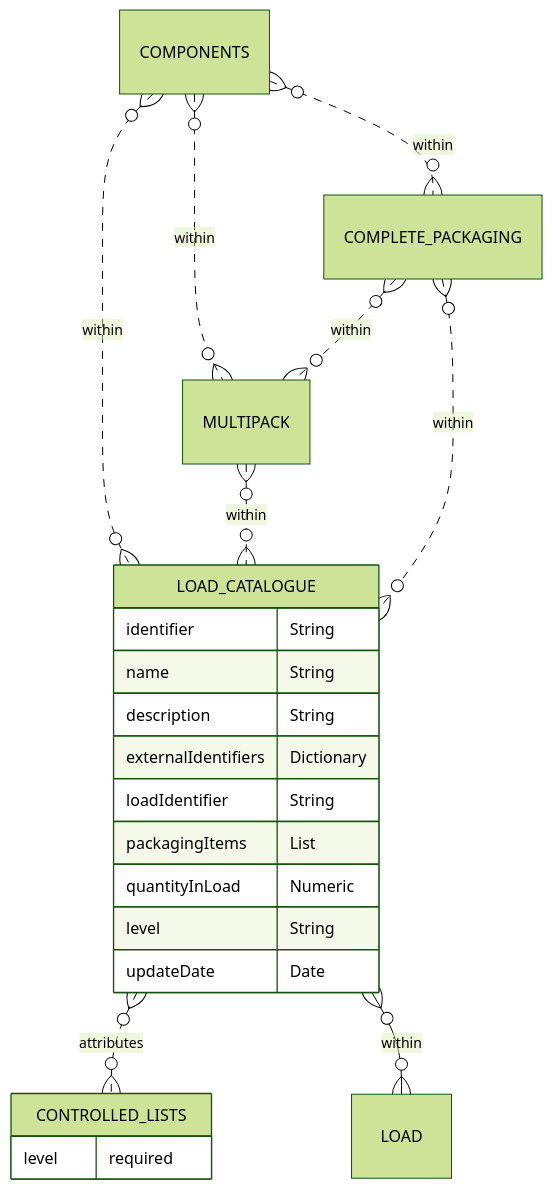
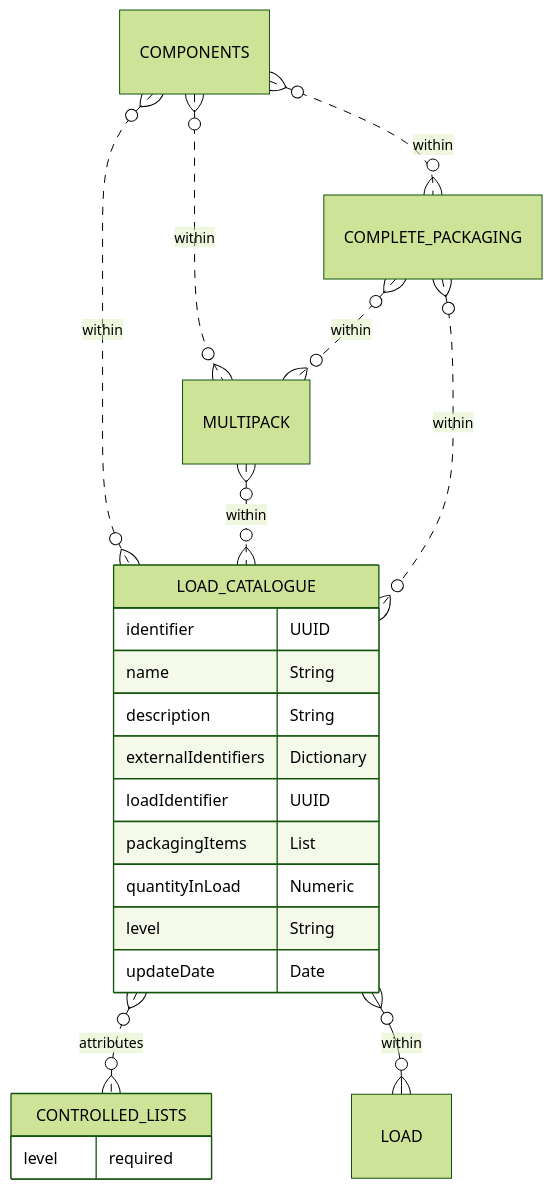
One commit to OpenDataManchester/Open3P changed the diagram in docs/3_Data_Specification/3_6_Load_Catalogue.md. Above: the diagram before and after it, drawn with Mermaid (forest theme). The commit also changed other lines of this file, not shown here.

Commit message:
Load catalogue to UUID from string

````diff
--- a/docs/3_Data_Specification/3_6_Load_Catalogue.md
+++ b/docs/3_Data_Specification/3_6_Load_Catalogue.md
@@ -25,26 +25,26 @@
 ``` mermaid
 erDiagram
 COMPONENTS }o..o{ LOAD_CATALOGUE : within
 COMPONENTS }o..o{ COMPLETE_PACKAGING : within
 COMPONENTS }o..o{ MULTIPACK : within
 MULTIPACK }o..o{ LOAD_CATALOGUE : within
 COMPLETE_PACKAGING }o..o{ LOAD_CATALOGUE : within
 COMPLETE_PACKAGING }o..o{ MULTIPACK : within
 
   LOAD_CATALOGUE {
-    identifier String
+    identifier UUID
     name String
     description String
     externalIdentifiers Dictionary
-    loadIdentifier String
+    loadIdentifier UUID
     packagingItems List
     quantityInLoad Numeric
     level String
     updateDate Date
   }
   LOAD_CATALOGUE }o..o{ CONTROLLED_LISTS : attributes
   LOAD_CATALOGUE }o--o{ LOAD : within
         CONTROLLED_LISTS {
     level required
     }
 ```
````
